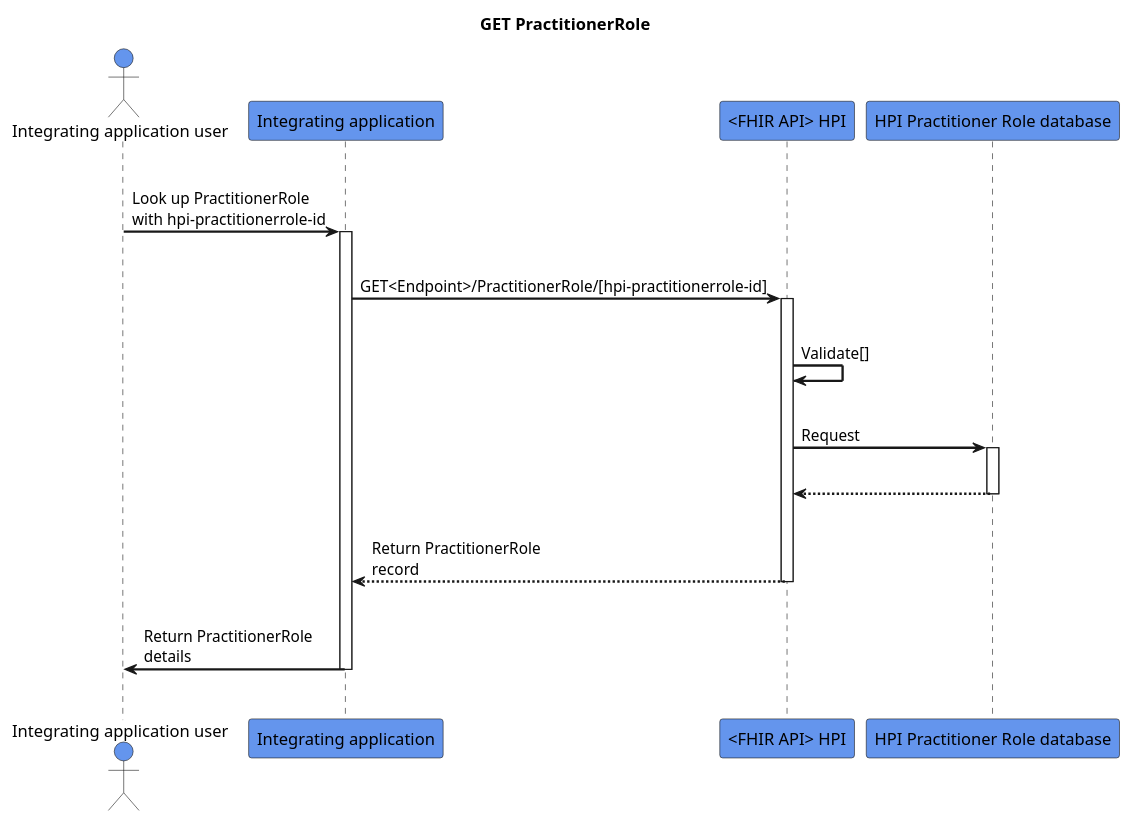
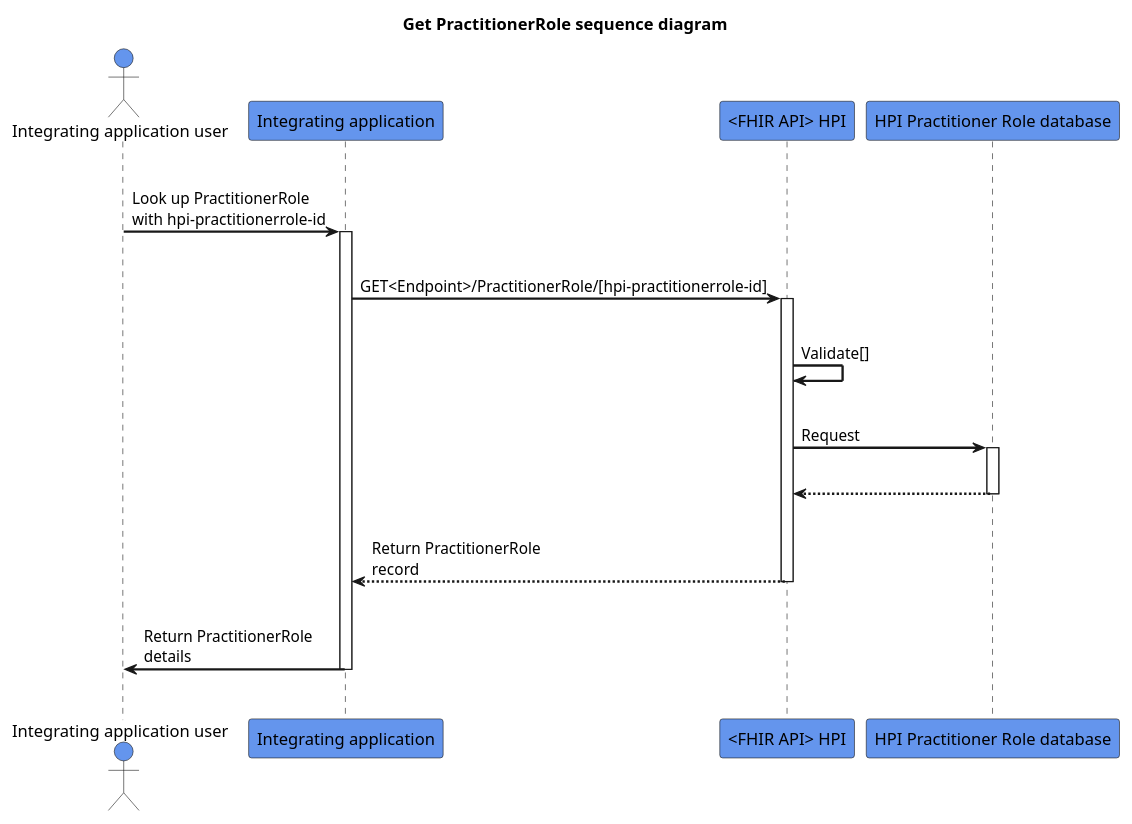
One commit to HL7NZ/hpi changed the diagram in input/images-source/get-practitionerrole.plantuml. Above: the diagram before and after it, drawn with PlantUML.

```diff
--- a/input/images-source/get-practitionerrole.plantuml
+++ b/input/images-source/get-practitionerrole.plantuml
@@ -1,32 +1,32 @@
 @startuml
 skinparam sequenceArrowThickness 2
 skinparam roundcorner 5
 skinparam maxmessagesize 180
 skinparam sequenceParticipant bold
-title GET PractitionerRole
+title Get PractitionerRole sequence diagram
 actor "Integrating application user" as User #CornflowerBlue
 participant "Integrating application" as A #CornflowerBlue
 participant "<FHIR API> HPI" as B #CornflowerBlue
 participant "HPI Practitioner Role database" as C #CornflowerBlue
 |||
 User -> A: Look up PractitionerRole with hpi-practitionerrole-id
 activate A
 |||
 A -> B: GET<Endpoint>/PractitionerRole/[hpi-practitionerrole-id]
 activate B
 |||
 B -> B: Validate[]
 |||
 B -> C: Request
 activate C
 |||
 C -[dashed]-> B:  
 deactivate C
 |||
 B -[dashed]-> A:Return PractitionerRole record
 deactivate B
 |||
 A -> User: Return PractitionerRole details
 deactivate A
 |||
 @endumlp
```
